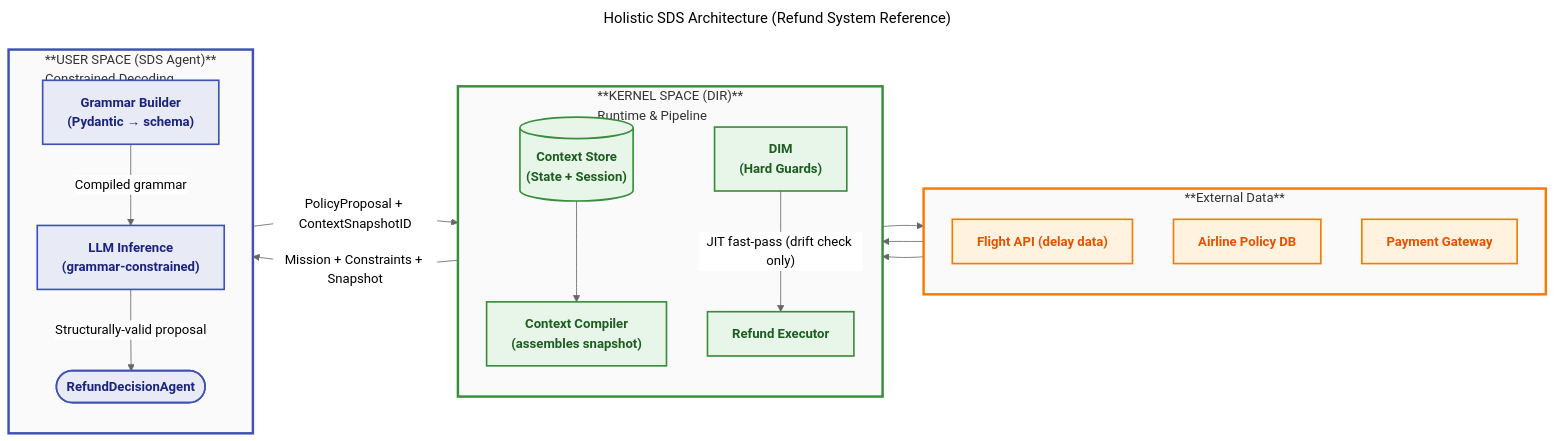
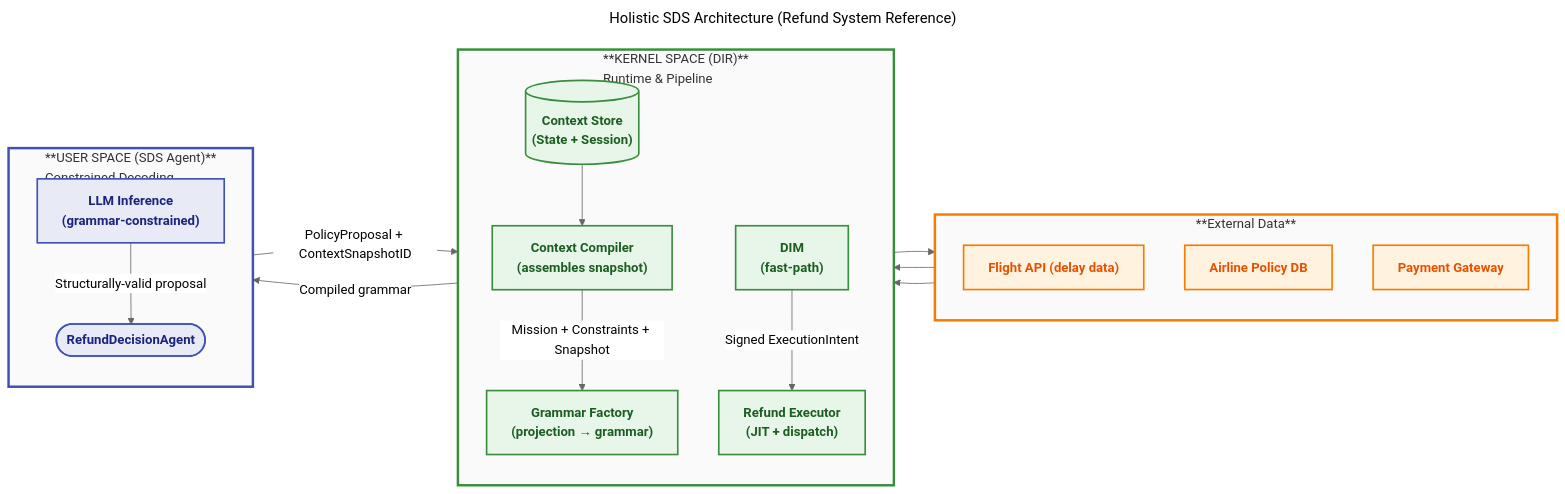
Diagram 19 of 21 in docs/07-dir-minified/DIR-minified.md (huka81/decision-intelligence-runtime), drawn with Mermaid before and after one commit. The commit also changed other lines of this file and 4 other files, not shown here.

````diff
--- a/docs/07-dir-minified/DIR-minified.md
+++ b/docs/07-dir-minified/DIR-minified.md
@@ -1929,55 +2030,55 @@
 ```mermaid
 ---
 config:
   layout: dagre
   theme: neutral
   look: classic
 title: Holistic SDS Architecture (Refund System Reference)
 ---
 flowchart LR
  subgraph External_Sources["**External Data**"]
     direction TB
         FlightAPI["Flight API (delay data)"]
         AirlineDB["Airline Policy DB"]
         PaymentGW["Payment Gateway"]
   end
  subgraph Kernel_Layer["**KERNEL SPACE (DIR)**<br>Runtime & Pipeline"]
     direction TB
         ContextStore[("Context Store<br>(State + Session)")]
-        DIM["DIM<br>(Hard Guards)"]
+        DIM["DIM<br>(fast-path)"]
         ContextCompiler["Context Compiler<br>(assembles snapshot)"]
-        Executor["Refund Executor"]
+        Grammar["Grammar Factory<br>(projection → grammar)"]
+        Executor["Refund Executor<br>(JIT + dispatch)"]
   end
  subgraph User_Layer["**USER SPACE (SDS Agent)**<br>Constrained Decoding"]
     direction TB
-        Grammar["Grammar Builder<br>(Pydantic → schema)"]
         Inference["LLM Inference<br>(grammar-constrained)"]
         SDSAgent(["RefundDecisionAgent"])
   end
     FlightAPI --> ContextStore
     AirlineDB --> ContextStore
     ContextStore --> ContextCompiler
     ContextCompiler -->|"Mission + Constraints + Snapshot"| Grammar
     Grammar -->|"Compiled grammar"| Inference
     Inference -->|"Structurally-valid proposal"| SDSAgent
     SDSAgent -->|"PolicyProposal + ContextSnapshotID"| DIM
-    DIM -->|"JIT fast-pass (drift check only)"| Executor
+    DIM -->|"Signed ExecutionIntent"| Executor
     Executor --> PaymentGW
 
      FlightAPI:::infraSpace
      AirlineDB:::infraSpace
      PaymentGW:::infraSpace
      ContextStore:::kernelSpace
      DIM:::kernelSpace
      ContextCompiler:::kernelSpace
      Executor:::kernelSpace
-     Grammar:::userSpace
+     Grammar:::kernelSpace
      Inference:::userSpace
      SDSAgent:::userSpace
     classDef userSpace fill:#E8EAF6,stroke:#3F51B5,stroke-width:2px,color:#1A237E,font-weight:bold
     classDef kernelSpace fill:#E8F5E9,stroke:#388E3C,stroke-width:2px,color:#1B5E20,font-weight:bold
     classDef infraSpace fill:#FFF3E0,stroke:#F57C00,stroke-width:2px,color:#E65100,font-weight:bold
     style Kernel_Layer fill:#FAFAFA,stroke:#388E3C,stroke-width:3px
     style User_Layer fill:#FAFAFA,stroke:#3F51B5,stroke-width:3px
     style External_Sources fill:#FAFAFA,stroke:#F57C00,stroke-width:3px
 ```
````
